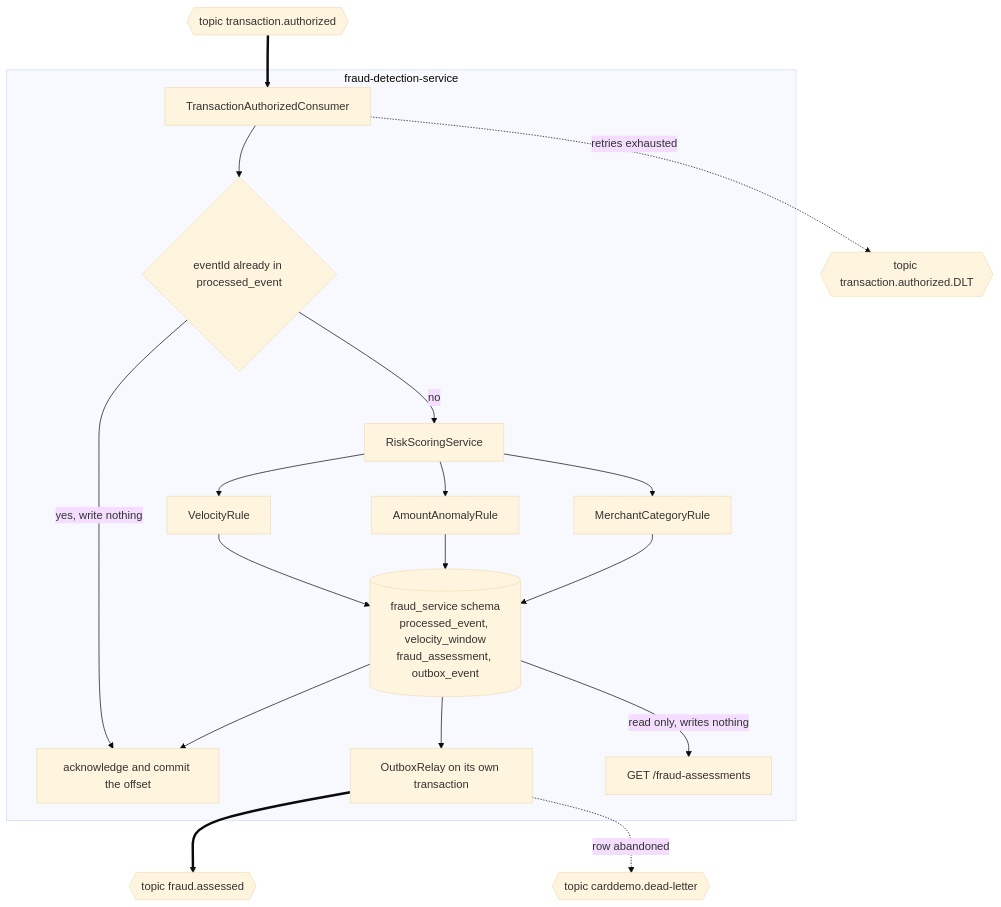
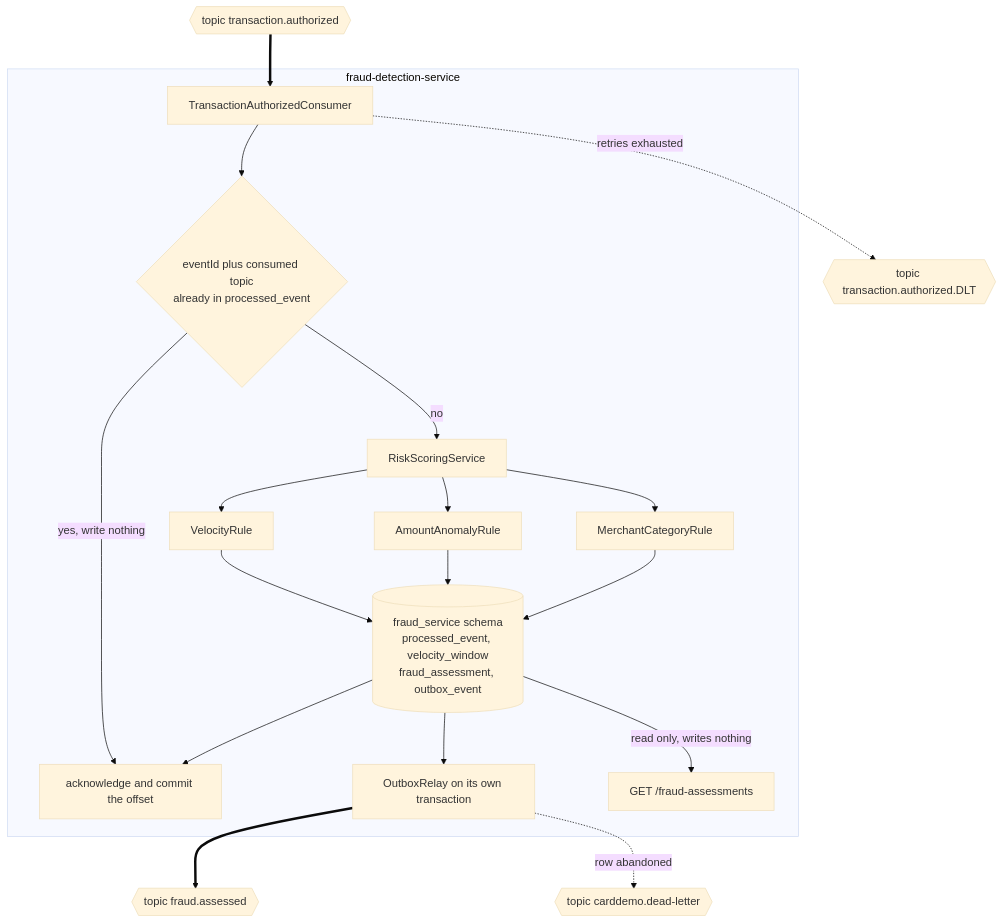
The first of 2 diagrams in card-platform/services/fraud-detection-service/README.md (blitzy-public-samples/aws-carddemo-blitzy), drawn with Mermaid (base theme) before and after one commit. The commit also changed other lines of this file and 540 other files, not shown here.

````diff
--- a/card-platform/services/fraud-detection-service/README.md
+++ b/card-platform/services/fraud-detection-service/README.md
@@ -46,31 +46,31 @@
 ```mermaid
 graph TB
     IN{{"topic transaction.authorized"}}
     OUT{{"topic fraud.assessed"}}
     DLT{{"topic transaction.authorized.DLT"}}
     DEAD{{"topic carddemo.dead-letter"}}
     subgraph SVC["fraud-detection-service"]
         CON["TransactionAuthorizedConsumer"]
-        GUARD{"eventId already in processed_event"}
+        GUARD{"eventId plus consumed topic<br/>already in processed_event"}
         SCORE["RiskScoringService"]
         VEL["VelocityRule"]
         AMT["AmountAnomalyRule"]
         MCC["MerchantCategoryRule"]
         DB[("fraud_service schema<br/>processed_event, velocity_window<br/>fraud_assessment, outbox_event")]
         ACK["acknowledge and commit the offset"]
         RELAY["OutboxRelay on its own transaction"]
         API["GET /fraud-assessments"]
     end
     IN ==> CON
     CON --> GUARD
     GUARD -->|"yes, write nothing"| ACK
     GUARD -->|"no"| SCORE
     SCORE --> VEL & AMT & MCC
     VEL & AMT & MCC --> DB
     DB --> ACK
     DB --> RELAY
     RELAY ==> OUT
     CON -.->|"retries exhausted"| DLT
     RELAY -.->|"row abandoned"| DEAD
     DB -->|"read only, writes nothing"| API
 ```
````
